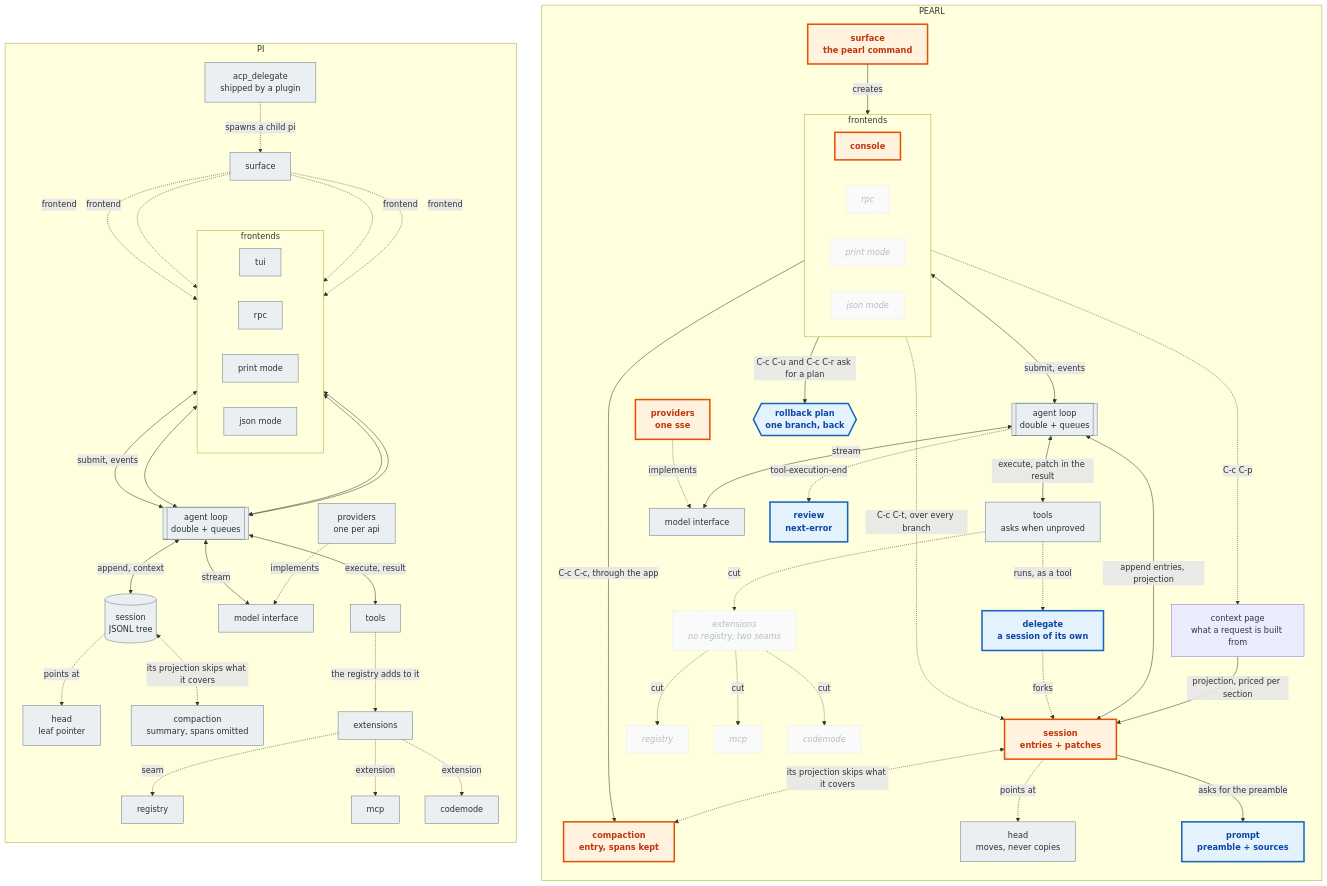
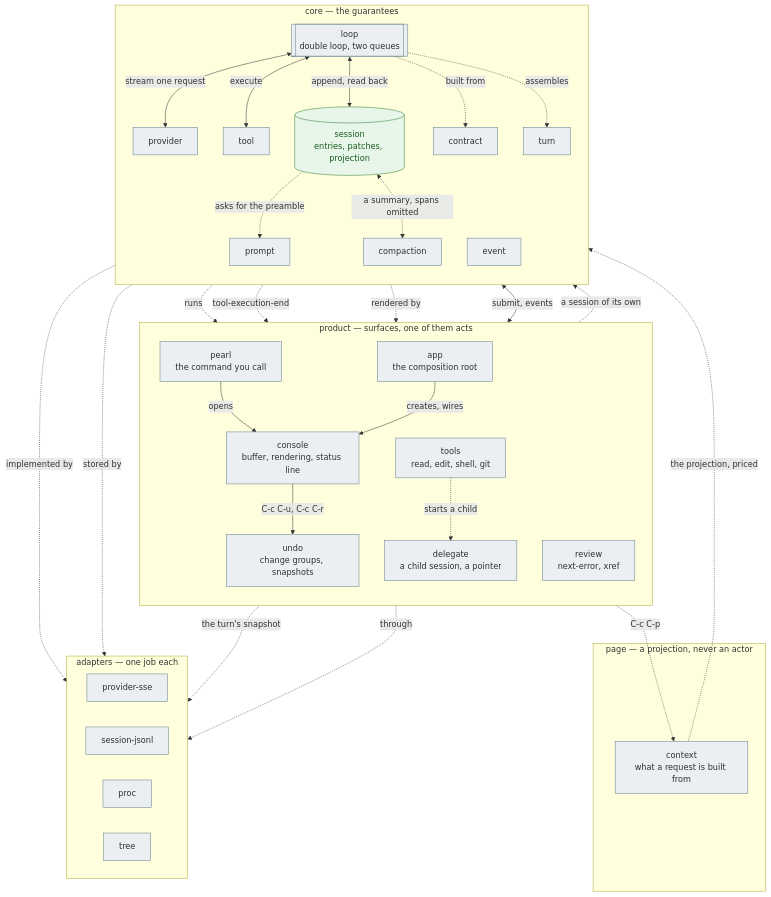
One commit to OverbearingPearl/pearl changed the first of 2 diagrams in README.md. Above: the diagram before and after it, drawn with Mermaid. The commit also changed other lines of this file and 4 other files, not shown here.

First line of the commit message:
Draw each agent's architecture on its own terms

````diff
--- a/README.md
+++ b/README.md
@@ -167,71 +167,61 @@
 ```mermaid
 flowchart TB
-  subgraph R["PEARL"]
+  subgraph product["product — surfaces, one of them acts"]
     direction TB
-    r_surf["surface<br/>the pearl command"]
-    subgraph r_fronts["frontends"]
-      direction LR
-      r_console["console"] & r_rpc["rpc"] & r_print["print mode"] & r_json["json mode"]
-    end
-    r_surf -->|creates| r_console
-    r_console <-->|submit, events| r_loop[["agent loop<br/>double + queues"]]
-    r_console -->|C-c C-c, through the app| r_compact
-    r_ctx["context page<br/>what a request is built from"]
-    r_console -.->|C-c C-p| r_ctx
-    r_ctx -->|projection, priced per section| r_sess
-    r_console -.->|C-c C-t, over every branch| r_sess
-    r_loop <-->|execute, patch in the result| r_tools["tools<br/>asks when unproved"]
-    r_loop <-->|stream| r_model["model interface"]
-    r_loop <-->|append entries, projection| r_sess["session<br/>entries + patches"]
-    r_sess -.->|points at| r_leaf["head<br/>moves, never copies"]
-    r_sess <-.->|its projection skips what it covers| r_compact["compaction<br/>entry, spans kept"]
-    r_tools -.->|cut| r_ext["extensions<br/>no registry, two seams"]
-    r_prov["providers<br/>one sse"] -.->|implements| r_model
-    r_tools -.->|runs, as a tool| r_delegate["delegate<br/>a session of its own"]
-    r_delegate -.->|forks| r_sess
-    r_sess -->|asks for the preamble| r_prompt["prompt<br/>preamble + sources"]
-    r_plan{{"rollback plan<br/>one branch, back"}}
-    r_console -->|C-c C-u and C-c C-r ask for a plan| r_plan
-    r_loop -.->|tool-execution-end| r_review["review<br/>next-error"]
-    r_ext -.->|cut| r_registry["registry"]
-    r_ext -.->|cut| r_mcp["mcp"]
-    r_ext -.->|cut| r_codemode["codemode"]
+    p_cmd["pearl<br/>the command you call"]
+    p_console["console<br/>buffer, rendering, status line"]
+    p_app["app<br/>the composition root"]
+    p_tools["tools<br/>read, edit, shell, git"]
+    p_delegate["delegate<br/>a child session, a pointer"]
+    p_review["review<br/>next-error, xref"]
+    p_undo["undo<br/>change groups, snapshots"]
   end
-  subgraph L["PI"]
+  subgraph page["page — a projection, never an actor"]
+    g_context["context<br/>what a request is built from"]
+  end
+  subgraph adapters["adapters — one job each"]
+    direction LR
+    a_sse["provider-sse"]
+    a_jsonl["session-jsonl"]
+    a_proc["proc"]
+    a_tree["tree"]
+  end
+  subgraph core["core — the guarantees"]
     direction TB
-    l_surf["surface"]
-    subgraph l_fronts["frontends"]
-      direction LR
-      l_tui["tui"] & l_rpc["rpc"] & l_print["print mode"] & l_json["json mode"]
-    end
-    l_surf -.->|frontend| l_tui
-    l_surf -.->|frontend| l_rpc
-    l_surf -.->|frontend| l_print
-    l_surf -.->|frontend| l_json
-    l_tui <-->|submit, events| l_loop[["agent loop<br/>double + queues"]]
-    l_rpc <--> l_loop
-    l_print <--> l_loop
-    l_json <--> l_loop
-    l_loop <-->|execute, result| l_tools["tools"]
-    l_loop <-->|stream| l_model["model interface"]
-    l_loop <-->|append, context| l_sess[("session<br/>JSONL tree")]
-    l_sess -.->|points at| l_leaf["head<br/>leaf pointer"]
-    l_sess <-.->|its projection skips what it covers| l_compact["compaction<br/>summary, spans omitted"]
-    l_tools -.->|the registry adds to it| l_ext["extensions"]
-    l_ext -.->|seam| l_registry["registry"]
-    l_ext -.->|extension| l_mcp["mcp"]
-    l_ext -.->|extension| l_codemode["codemode"]
-    l_prov["providers<br/>one per api"] -.->|implements| l_model
-    l_delegate["acp_delegate<br/>shipped by a plugin"] -.->|spawns a child pi| l_surf
+    c_loop[["loop<br/>double loop, two queues"]]
+    c_session[("session<br/>entries, patches, projection")]
+    c_compact["compaction"]
+    c_prompt["prompt"]
+    c_tool["tool"]
+    c_provider["provider"]
+    c_turn["turn"]
+    c_contract["contract"]
+    c_event["event"]
   end
+  p_cmd -->|opens| p_console
+  p_app -->|creates, wires| p_console
+  p_console <-->|submit, events| c_loop
+  p_console -.->|C-c C-p| g_context
+  g_context -.->|the projection, priced| c_session
+  p_console -->|C-c C-u, C-c C-r| p_undo
+  p_undo -.->|the turn's snapshot| a_tree
+  c_loop <-->|stream one request| c_provider
+  c_loop <-->|execute| c_tool
+  c_tool -.->|runs| p_tools
+  p_tools -.->|starts a child| p_delegate
+  p_delegate -.->|a session of its own| c_session
+  c_loop <-->|append, read back| c_session
+  c_session -.->|asks for the preamble| c_prompt
+  c_session <-.->|a summary, spans omitted| c_compact
+  c_loop -.->|tool-execution-end| p_review
+  c_event -.->|rendered by| p_console
+  c_provider -.->|implemented by| a_sse
+  c_session -.->|stored by| a_jsonl
+  p_tools -.->|through| a_proc
+  c_loop -.->|built from| c_contract
+  c_loop -.->|assembles| c_turn
   classDef base fill:#eceff1,stroke:#607d8b,color:#263238
-  classDef changed fill:#fff3e0,stroke:#e65100,color:#bf360c,stroke-width:3px,font-weight:bold
-  classDef added fill:#e3f2fd,stroke:#1565c0,color:#0d47a1,stroke-width:3px,font-weight:bold
-  classDef removed fill:#fafafa,stroke:#cfd8dc,color:#b0bec5,font-style:italic,stroke-dasharray:2 3
-  class l_surf,l_tui,l_rpc,l_print,l_json,l_loop,l_tools,l_model,l_sess,l_leaf,l_compact,l_ext,l_registry,l_mcp,l_codemode,l_prov,l_delegate base
-  class r_loop,r_tools,r_model,r_leaf base
-  class r_surf,r_console,r_sess,r_compact,r_prov changed
-  class r_prompt,r_plan,r_review added
-  class r_ext,r_rpc,r_print,r_json,r_registry,r_mcp,r_codemode removed
-  class r_delegate added
+  classDef record fill:#e8f5e9,stroke:#2e7d32,color:#1b5e20
+  class p_cmd,p_console,p_app,p_tools,p_delegate,p_review,p_undo,g_context,a_sse,a_jsonl,a_proc,a_tree,c_loop,c_compact,c_prompt,c_tool,c_provider,c_turn,c_contract,c_event base
+  class c_session record
 ```
````
